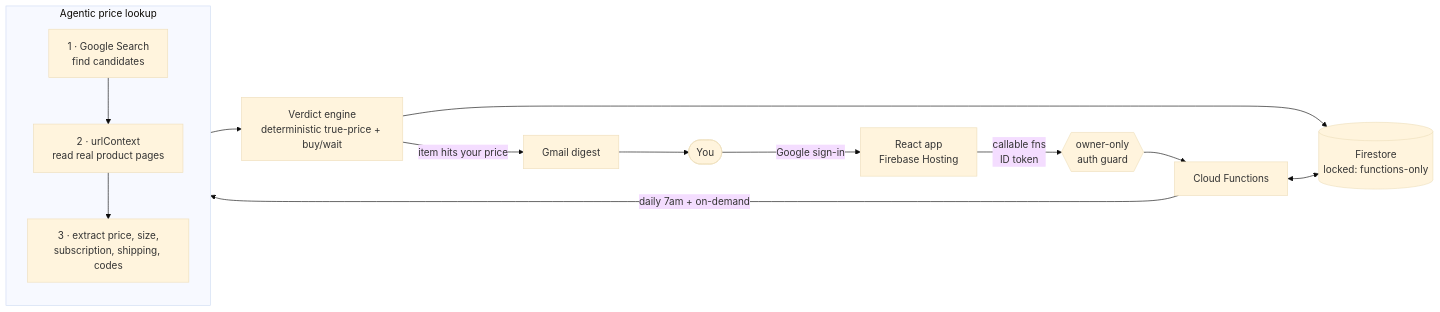
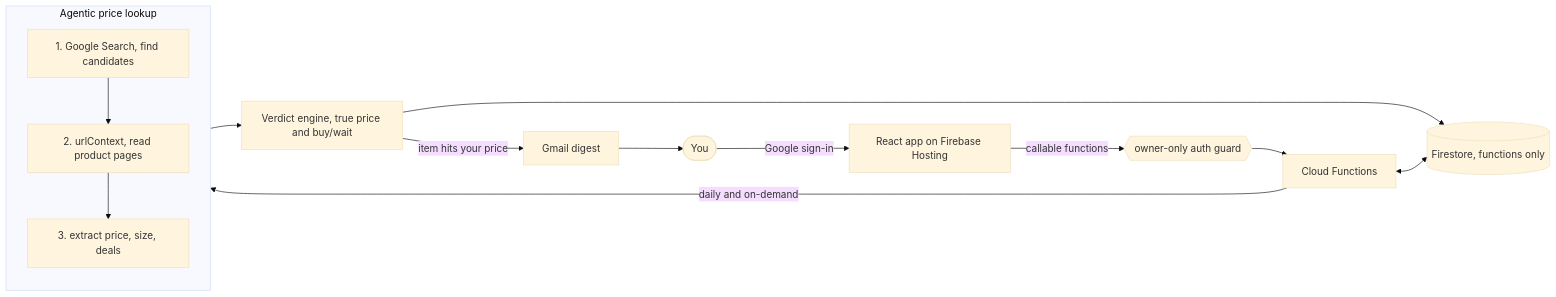
One commit to MohsenZand/ZeroTide changed the diagram in README.md. Above: the diagram before and after it, drawn with Mermaid (base theme).

Commit message:
Fix architecture diagram

````diff
--- a/README.md
+++ b/README.md
@@ -60,19 +60,19 @@
 ```mermaid
 flowchart LR
-    U([You]) -->|Google sign-in| FE[React app<br/>Firebase Hosting]
-    FE -->|callable fns<br/>ID token| GUARD{{owner-only<br/>auth guard}}
+    U([You]) -->|Google sign-in| FE[React app on Firebase Hosting]
+    FE -->|callable functions| GUARD{{owner-only auth guard}}
     GUARD --> FN[Cloud Functions]
-    FN <--> FS[(Firestore<br/>locked: functions-only)]
-    FN -->|daily 7am + on-demand| AGENT
+    FN <--> FS[(Firestore, functions only)]
+    FN -->|daily and on-demand| AGENT
 
     subgraph AGENT [Agentic price lookup]
       direction TB
-      S[1 · Google Search<br/>find candidates] --> R[2 · urlContext<br/>read real product pages]
-      R --> X[3 · extract price, size,<br/>subscription, shipping, codes]
+      S[1. Google Search, find candidates] --> R[2. urlContext, read product pages]
+      R --> X[3. extract price, size, deals]
     end
 
-    X --> V[Verdict engine<br/>deterministic true-price + buy/wait]
+    X --> V[Verdict engine, true price and buy/wait]
     V --> FS
     V -->|item hits your price| MAIL[Gmail digest]
     MAIL --> U
 ```
````
